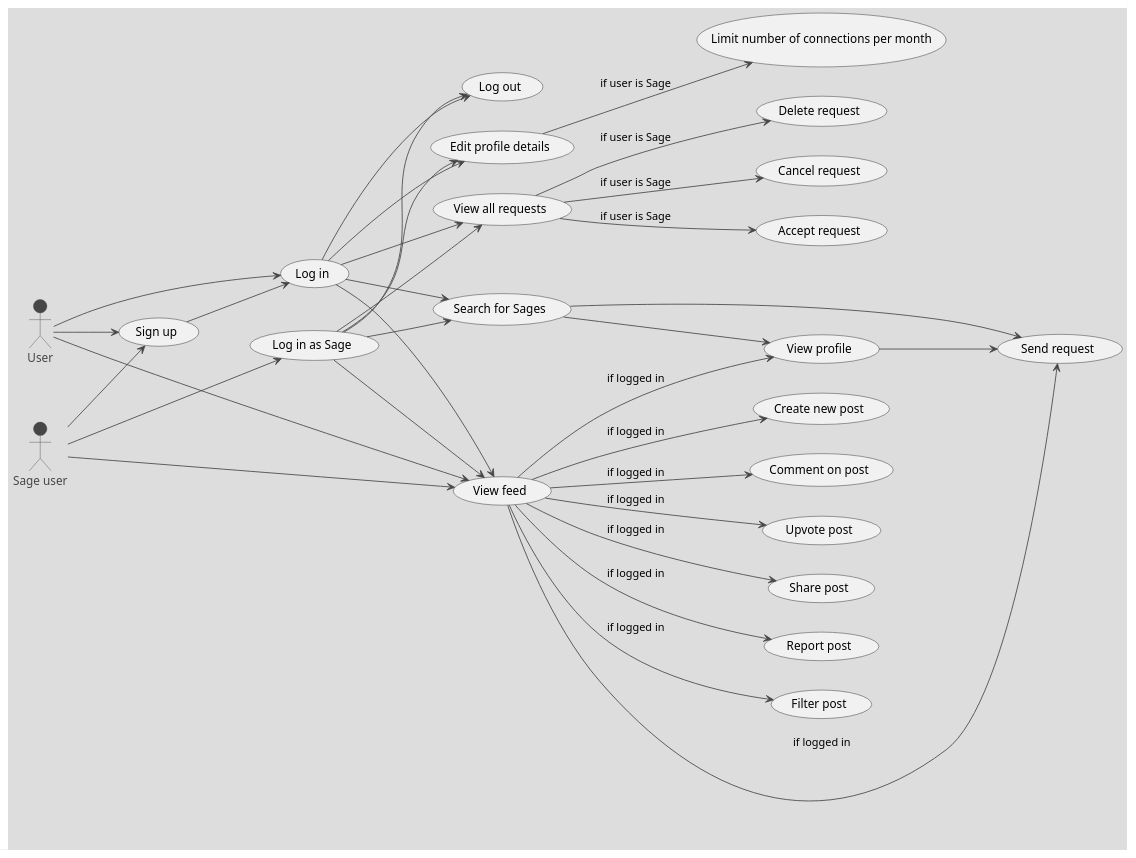
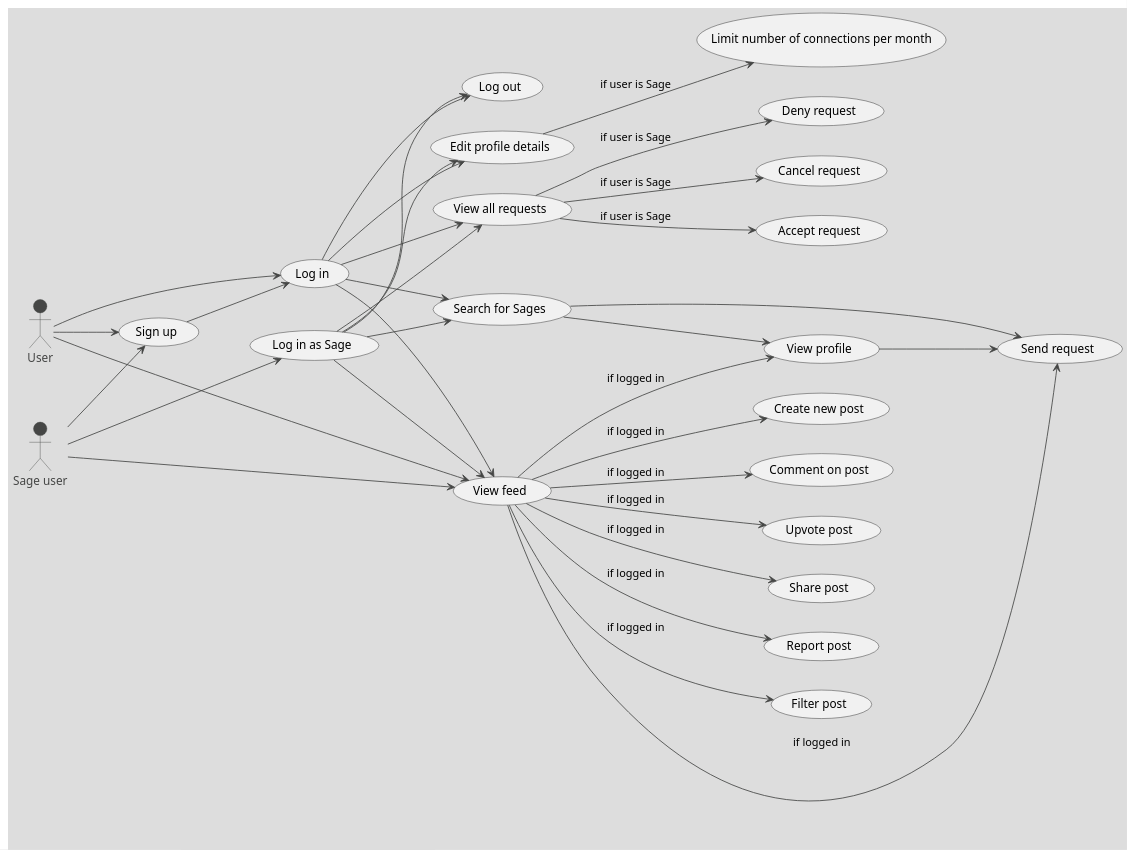
The diagram in Project Meeting 1/sage_usecases.plantuml (IvanFengJK/ESC_Diagrams_Plantuml), drawn with PlantUML before and after one commit. The commit also changed 4 other files, not shown here.

Commit message:
WIP: class-based diagrams for project meeting 2

```diff
--- a/Project Meeting 1/sage_usecases.plantuml
+++ b/Project Meeting 1/sage_usecases.plantuml
@@ -1,71 +1,71 @@
 @startuml sage_use_cases
 !theme toy
 left to right direction
 actor :User: as publicUser
 actor :Sage user: as sage
 
 "Sign up" as (signup)
 "Log in" as (login)
 "Log in as Sage" as (loginAsSage)
 "Log out" as (logout)
 "Send request" as (sendReq)
 "Cancel request" as (cancelReq)
 "Accept request" as (acceptReq)
-"Delete request" as (deleteReq)
+"Deny request" as (denyReq)
 "Edit profile details" as (editProfile)
 "Limit number of connections per month" as (limitConnections)
 "View profile" as (viewProfile)
 "Search for Sages" as (search)
 "View feed" as (viewFeed)
 "Create new post" as (createPost)
 "Comment on post" as (comment)
 "Upvote post" as (upvotePost)
 "Share post" as (sharePost)
 "Report post" as (reportPost)
 "Filter post" as (filterPost)
 "View all requests" as (viewReqs)
 
 (signup) --> (login)
 (login) --> (logout)
 (loginAsSage) --> (logout)
 
 
 publicUser --> (signup)
 publicUser --> (login)
 publicUser --> (viewFeed)
 
 sage --> (signup)
 sage --> (loginAsSage)
 sage --> (viewFeed)
 
 (login) --> (editProfile)
 (login) --> (search)
 (login) --> (viewFeed)
 (login) --> (viewReqs)
 
 (loginAsSage) --> (editProfile)
 (loginAsSage) --> (search)
 (loginAsSage) --> (viewFeed)
 (loginAsSage) --> (viewReqs)
 (viewReqs) --> (acceptReq)      : "if user is Sage"
-(viewReqs) --> (deleteReq)      : "if user is Sage"
+(viewReqs) --> (denyReq)      : "if user is Sage"
 (editProfile) --> (limitConnections) : "if user is Sage"
 
 
 (search) --> (viewProfile)
 (viewFeed) --> (viewProfile) : "if logged in"
 (viewFeed) --> (createPost) : "if logged in"
 (viewFeed) --> (comment) : "if logged in"
 (viewFeed) --> (upvotePost) : "if logged in"
 (viewFeed) --> (sharePost) : "if logged in"
 (viewFeed) --> (reportPost) : "if logged in"
 (viewFeed) --> (filterPost) : "if logged in"
 (viewFeed) --> (sendReq) : "if logged in"
 (viewProfile) --> (sendReq)
 (search) --> (sendReq)
 (viewReqs) --> (cancelReq) : "if user is Sage"
 
 
 
 
 @enduml
```
